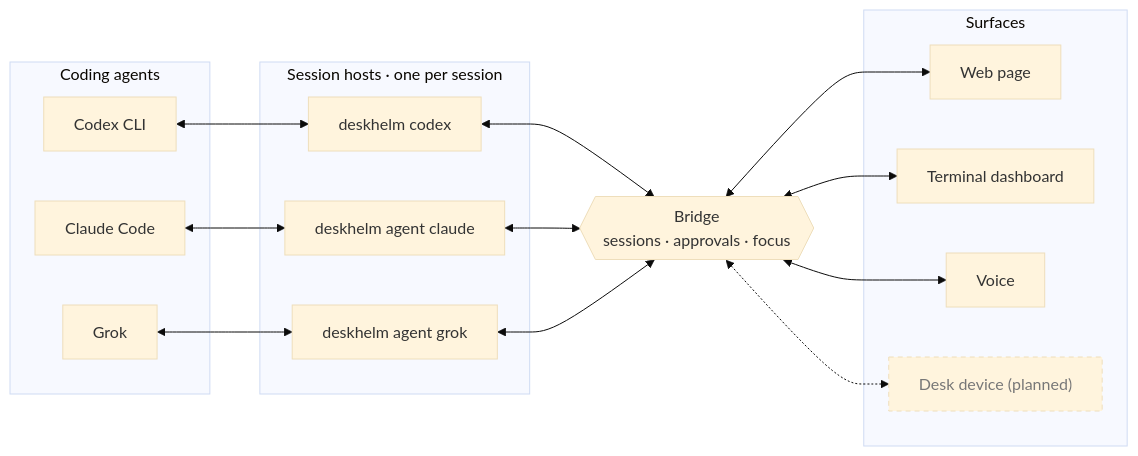
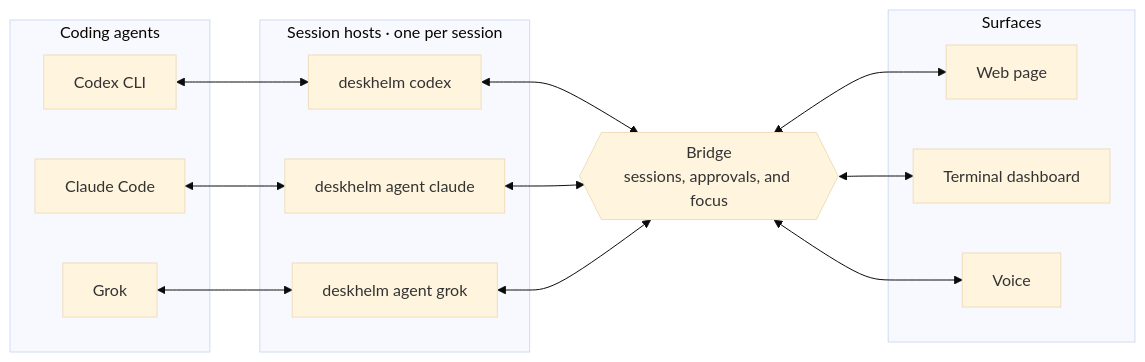
Before and after one commit to cuihuir/deskhelm: the diagram in README.md, drawn with Mermaid (base theme). The commit also changed other lines of this file and 1 other file, not shown here.

Commit message:
docs: close out DeskHelm development

````diff
--- a/README.md
+++ b/README.md
@@ -18,28 +22,24 @@
 ```mermaid
 flowchart LR
   subgraph agents ["Coding agents"]
     codex["Codex CLI"]
     claude["Claude Code"]
     grok["Grok"]
   end
   subgraph hosts ["Session hosts · one per session"]
     hcodex["deskhelm codex"]
     hclaude["deskhelm agent claude"]
     hgrok["deskhelm agent grok"]
   end
-  bridge{{"Bridge<br/>sessions · approvals · focus"}}
+  bridge{{"Bridge<br/>sessions, approvals, and focus"}}
   subgraph surfaces ["Surfaces"]
     web["Web page"]
     dashboard["Terminal dashboard"]
     voice["Voice"]
-    device["Desk device (planned)"]
   end
   codex <--> hcodex
   claude <--> hclaude
   grok <--> hgrok
   hcodex & hclaude & hgrok <--> bridge
   bridge <--> web & dashboard & voice
-  bridge <-.-> device
-  classDef planned stroke-dasharray: 5 4, color: #777
-  class device planned
 ```
````
